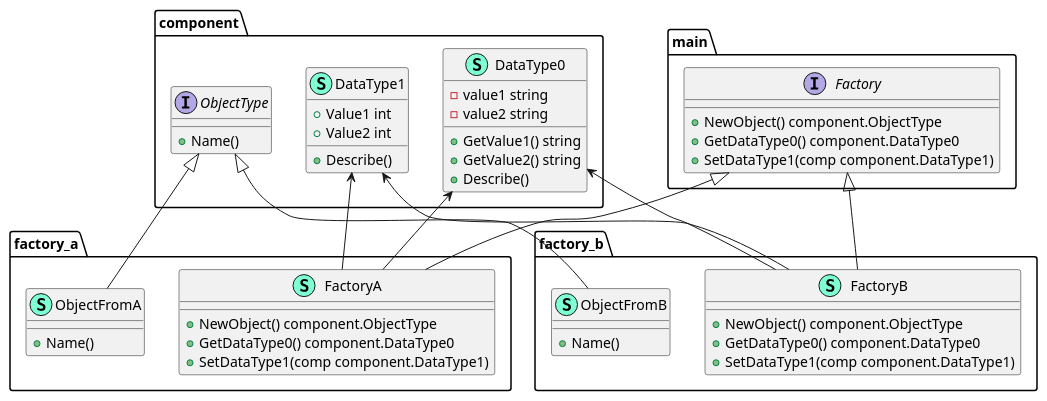
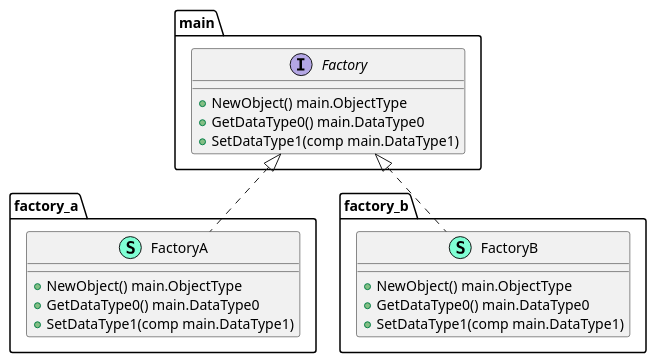
The diagram in abstract_factory/abstract_factory.puml (sonientaegi/design-pattern-with-go), drawn with PlantUML before and after one commit. The commit also changed 53 other files, not shown here.

```diff
--- a/abstract_factory/abstract_factory.puml
+++ b/abstract_factory/abstract_factory.puml
@@ -1,71 +1,32 @@
 @startuml
-namespace component {
-    class DataType0 << (S,Aquamarine) >> {
-        - value1 string
-        - value2 string
-
-        + GetValue1() string
-        + GetValue2() string
-        + Describe() 
-
-    }
-    class DataType1 << (S,Aquamarine) >> {
-        + Value1 int
-        + Value2 int
-
-        + Describe() 
-
-    }
-    interface ObjectType  {
-        + Name() 
+namespace factory_a {
+    class FactoryA << (S,Aquamarine) >> {
+        + NewObject() main.ObjectType
+        + GetDataType0() main.DataType0
+        + SetDataType1(comp main.DataType1) 
 
     }
 }
 
+"main.Factory" <|.. "factory_a.FactoryA"
 
-namespace factory_a {
-    class FactoryA << (S,Aquamarine) >> {
-        + NewObject() component.ObjectType
-        + GetDataType0() component.DataType0
-        + SetDataType1(comp component.DataType1) 
-
-    }
-    class ObjectFromA << (S,Aquamarine) >> {
-        + Name() 
+namespace factory_b {
+    class FactoryB << (S,Aquamarine) >> {
+        + NewObject() main.ObjectType
+        + GetDataType0() main.DataType0
+        + SetDataType1(comp main.DataType1) 
 
     }
 }
 
-"main.Factory" <|-- "factory_a.FactoryA"
-"component.ObjectType" <|-- "factory_a.ObjectFromA"
+"main.Factory" <|.. "factory_b.FactoryB"
 
-namespace factory_b {
-    class FactoryB << (S,Aquamarine) >> {
-        + NewObject() component.ObjectType
-        + GetDataType0() component.DataType0
-        + SetDataType1(comp component.DataType1) 
-
-    }
-    class ObjectFromB << (S,Aquamarine) >> {
-        + Name() 
+namespace main {
+    interface Factory  {
+        + NewObject() main.ObjectType
+        + GetDataType0() main.DataType0
+        + SetDataType1(comp main.DataType1) 
 
     }
 }
-
-"main.Factory" <|-- "factory_b.FactoryB"
-"component.ObjectType" <|-- "factory_b.ObjectFromB"
-
-namespace main {
-    interface Factory  {
-        + NewObject() component.ObjectType
-        + GetDataType0() component.DataType0
-        + SetDataType1(comp component.DataType1) 
-
-    }
-}
-
-"component.DataType0" <-- "factory_a.FactoryA"
-"component.DataType1" <-- "factory_a.FactoryA"
-"component.DataType0" <-- "factory_b.FactoryB"
-"component.DataType1" <-- "factory_b.FactoryB"
 @enduml
```
